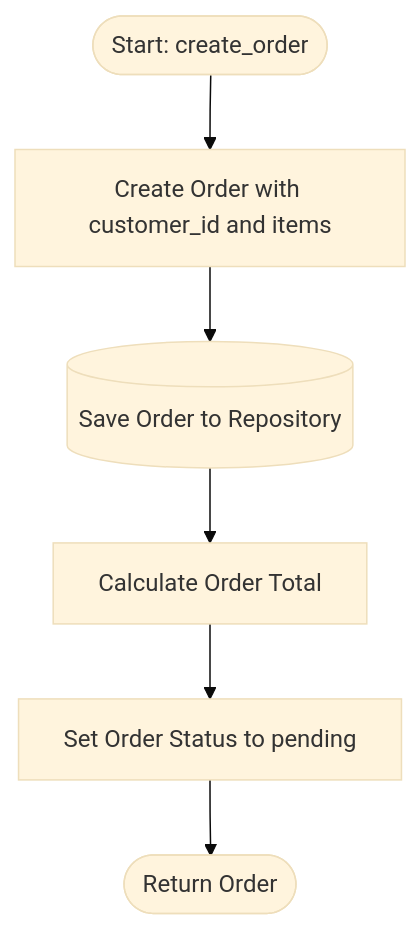
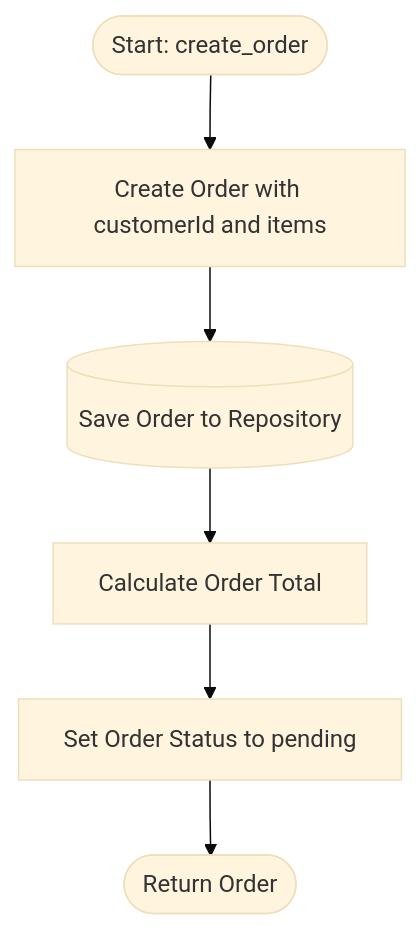
Before and after one commit to matzatezalo/local_arcbot_testing: the diagram in docs/architecture/order_creation_flow.md, drawn with Mermaid (base theme). The commit also changed other lines of this file and 2 other files, not shown here.

Commit message:
Update architecture diagrams based on feedback

````diff
--- a/docs/architecture/order_creation_flow.md
+++ b/docs/architecture/order_creation_flow.md
@@ -8,8 +9,8 @@
 ```mermaid
 flowchart TD
-    Start([Start: create_order]) --> CreateOrder[Create Order with customer_id and items]
+    Start([Start: create_order]) --> CreateOrder[Create Order with customerId and items]
     CreateOrder --> SaveOrder[(Save Order to Repository)]
     SaveOrder --> CalcTotal[Calculate Order Total]
     CalcTotal --> SetStatus[Set Order Status to pending]
     SetStatus --> Return([Return Order])
 ```
````
